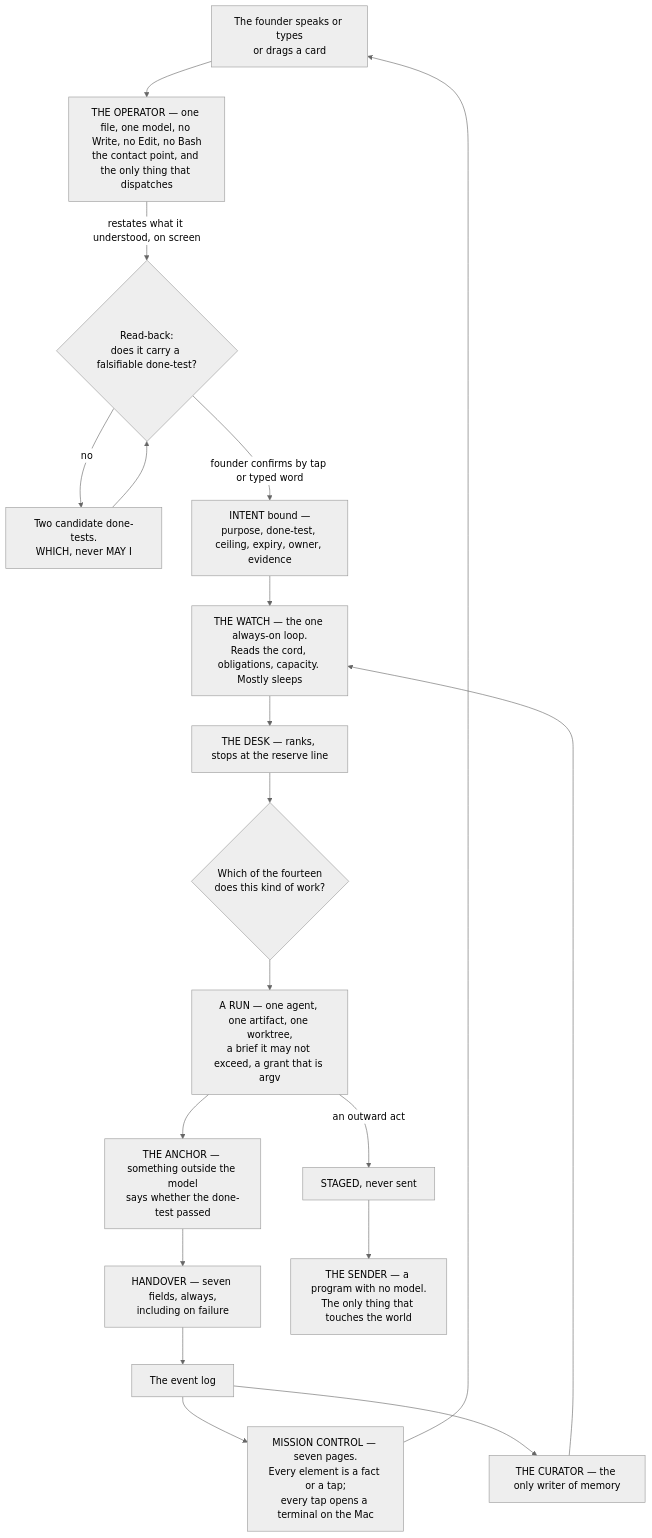
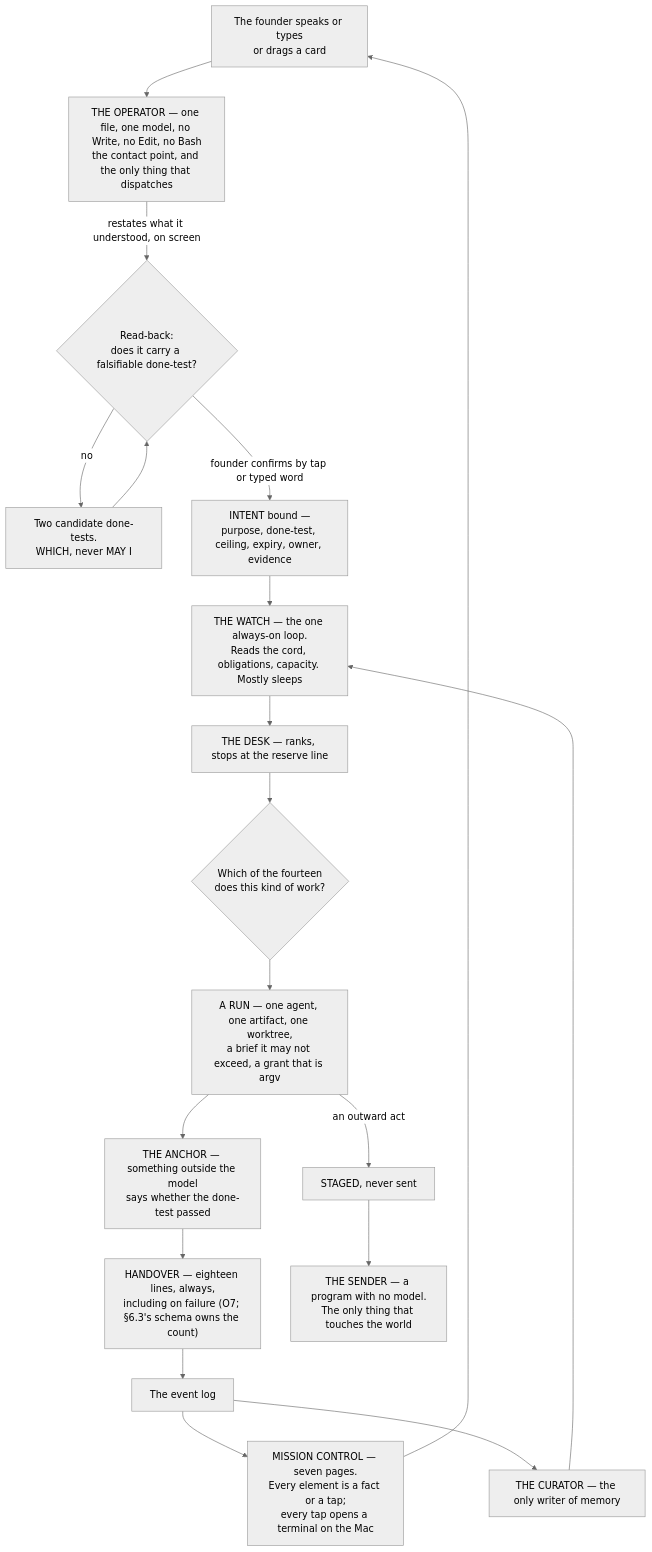
Before and after one commit to Adam077K/agentvibe: the diagram in docs/03-system-design/final-v2/parts/00-what-it-is.md, drawn with Mermaid (neutral theme). The commit also changed other lines of this file and 8 other files, not shown here.

````diff
--- a/docs/03-system-design/final-v2/parts/00-what-it-is.md
+++ b/docs/03-system-design/final-v2/parts/00-what-it-is.md
@@ -82,25 +82,25 @@
 ```mermaid
 flowchart TD
     F["The founder speaks or types<br/>or drags a card"] --> OP
     OP["THE OPERATOR — one file, one model, no Write, no Edit, no Bash<br/>the contact point, and the only thing that dispatches"]
     OP -->|"restates what it understood, on screen"| RB{"Read-back:<br/>does it carry a falsifiable done-test?"}
     RB -->|"no"| WHICH["Two candidate done-tests.<br/>WHICH, never MAY I"]
     WHICH --> RB
     RB -->|"founder confirms by tap or typed word"| INT["INTENT bound —<br/>purpose, done-test, ceiling, expiry, owner, evidence"]
 
     INT --> WATCH["THE WATCH — the one always-on loop.<br/>Reads the cord, obligations, capacity. Mostly sleeps"]
     WATCH --> DESK["THE DESK — ranks, stops at the reserve line"]
     DESK --> PICK{"Which of the fourteen<br/>does this kind of work?"}
     PICK --> RUN["A RUN — one agent, one artifact, one worktree,<br/>a brief it may not exceed, a grant that is argv"]
     RUN --> ANCH["THE ANCHOR — something outside the model<br/>says whether the done-test passed"]
-    ANCH --> HAND["HANDOVER — seven fields, always,<br/>including on failure"]
+    ANCH --> HAND["HANDOVER — eighteen lines, always,<br/>including on failure (O7; §6.3's schema owns the count)"]
     HAND --> LOG["The event log"]
     LOG --> MC["MISSION CONTROL — seven pages.<br/>Every element is a fact or a tap;<br/>every tap opens a terminal on the Mac"]
     MC --> F
 
     RUN -->|"an outward act"| STAGE["STAGED, never sent"]
     STAGE --> SENDER["THE SENDER — a program with no model.<br/>The only thing that touches the world"]
 
     LOG --> CUR["THE CURATOR — the only writer of memory"]
     CUR --> WATCH
 ```
````
